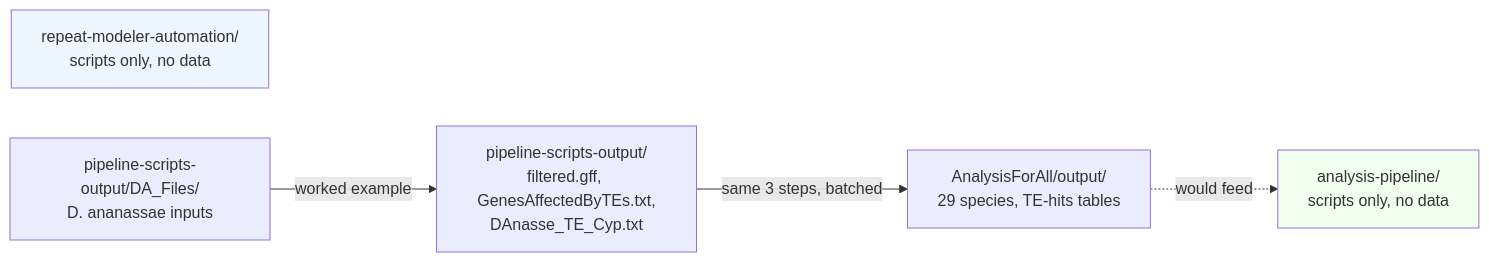
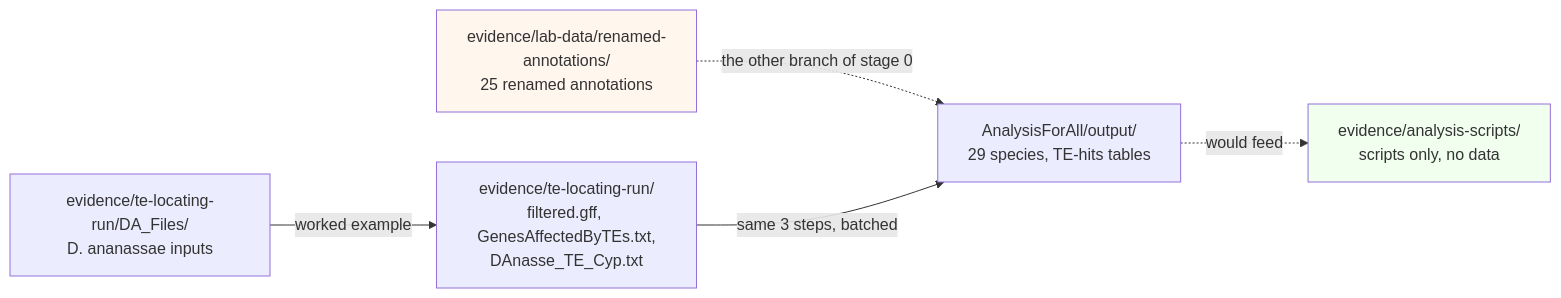
The second of 2 diagrams in docs/diagrams/01-end-to-end.md (0foo/cyp-project-forensics), drawn with Mermaid before and after one commit. The commit also changed other lines of this file and 243 other files, not shown here.

````diff
--- a/docs/diagrams/01-end-to-end.md
+++ b/docs/diagrams/01-end-to-end.md
@@ -99,15 +95,16 @@
 ```mermaid
 flowchart LR
-    A["repeat-modeler-automation/<br/>scripts only, no data"]
-    B["pipeline-scripts-output/DA_Files/<br/>D. ananassae inputs"]
-    C["pipeline-scripts-output/<br/>filtered.gff, GenesAffectedByTEs.txt,<br/>DAnasse_TE_Cyp.txt"]
+    B["evidence/te-locating-run/DA_Files/<br/>D. ananassae inputs"]
+    C["evidence/te-locating-run/<br/>filtered.gff, GenesAffectedByTEs.txt,<br/>DAnasse_TE_Cyp.txt"]
     D["AnalysisForAll/output/<br/>29 species, TE-hits tables"]
-    E["analysis-pipeline/<br/>scripts only, no data"]
+    E["evidence/analysis-scripts/<br/>scripts only, no data"]
+    F["evidence/lab-data/renamed-annotations/<br/>25 renamed annotations"]
 
+    F -.->|"the other branch of stage 0"| D
     B -->|"worked example"| C
     C -->|"same 3 steps, batched"| D
     D -.->|"would feed"| E
 
-    style A fill:#eef6ff
     style E fill:#f0ffee
+    style F fill:#fff6ee
 ```
````
